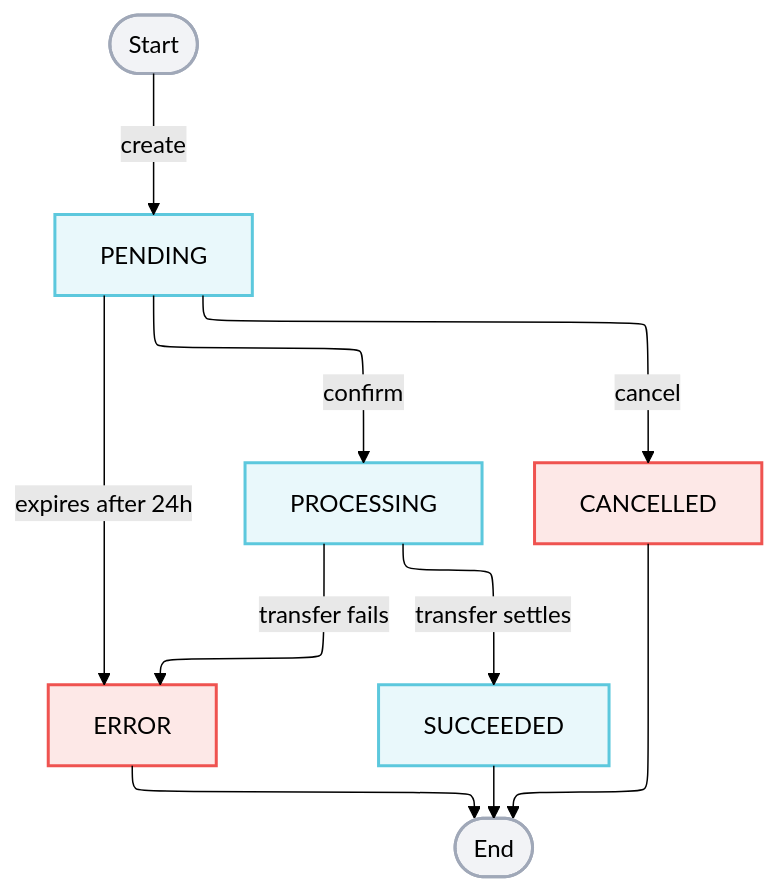
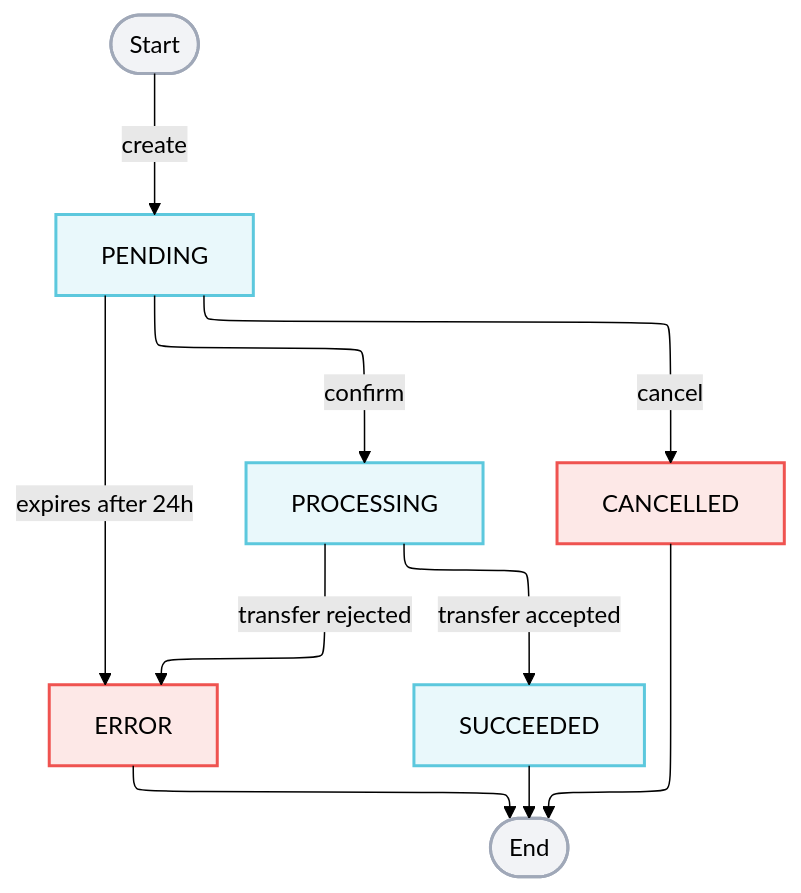
One commit to publicsq/developers.publicsquare.com changed the diagram in docs/concepts/payment-transfer-intents.mdx. Above: the diagram before and after it, drawn with Mermaid (forest theme). The commit also changed other lines of this file and 1 other file, not shown here.

Commit message:
fix: update payment transfer intents documentation for clarity and accuracy

````diff
--- a/docs/concepts/payment-transfer-intents.mdx
+++ b/docs/concepts/payment-transfer-intents.mdx
@@ -93,28 +93,28 @@
 ```mermaid
 ---
 config:
   layout: elk
 ---
 flowchart TB
     Start(["Start"]) -- "create" --> PENDING["PENDING"]
     PENDING -- "confirm" --> PROCESSING["PROCESSING"]
     PENDING -- "cancel" --> CANCELLED["CANCELLED"]
     PENDING -- "expires after 24h" --> ERROR["ERROR"]
-    PROCESSING -- "transfer settles" --> SUCCEEDED["SUCCEEDED"]
-    PROCESSING -- "transfer fails" --> ERROR
+    PROCESSING -- "transfer accepted" --> SUCCEEDED["SUCCEEDED"]
+    PROCESSING -- "transfer rejected" --> ERROR
     SUCCEEDED --> End(["End"])
     CANCELLED --> End
     ERROR --> End
 
     Start:::terminalNode
     PENDING:::spineNode
     PROCESSING:::spineNode
     SUCCEEDED:::spineNode
     CANCELLED:::exceptionNode
     ERROR:::exceptionNode
     End:::terminalNode
 
     classDef spineNode fill:#5CC8DD22,stroke:#5CC8DD,stroke-width:2px
     classDef exceptionNode fill:#EF535022,stroke:#EF5350,stroke-width:2px
     classDef terminalNode fill:#A0A8B822,stroke:#A0A8B8,stroke-width:2px
 ```
````
